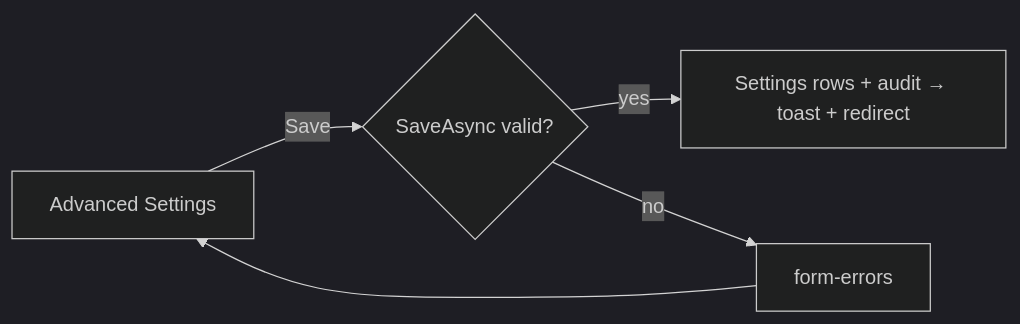
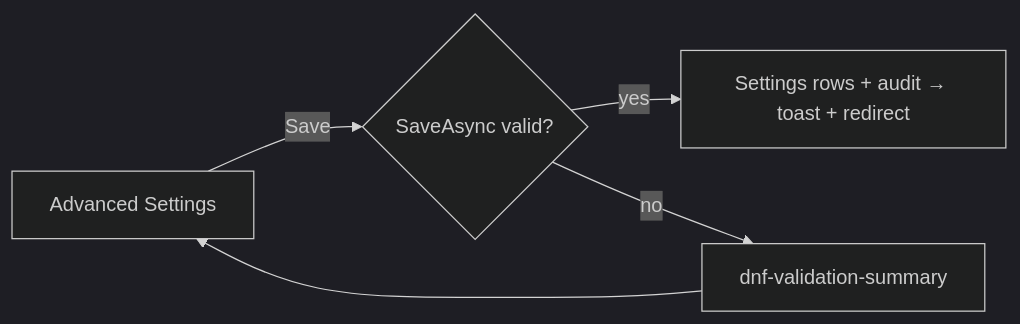
One commit to Albadit/DotNetForge changed the diagram in .docs/pages/advanced-settings.md. Above: the diagram before and after it, drawn with Mermaid (dark theme). The commit also changed other lines of this file and 412 other files, not shown here.

````diff
--- a/.docs/pages/advanced-settings.md
+++ b/.docs/pages/advanced-settings.md
@@ -106,6 +106,6 @@
 ```mermaid
 flowchart LR
     A[Advanced Settings] -- Save --> B{SaveAsync valid?}
     B -- yes --> C["Settings rows + audit → toast + redirect"]
-    B -- no --> D[form-errors] --> A
+    B -- no --> D[dnf-validation-summary] --> A
 ```
````
